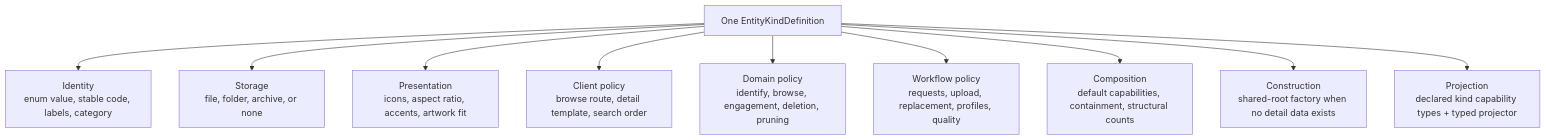
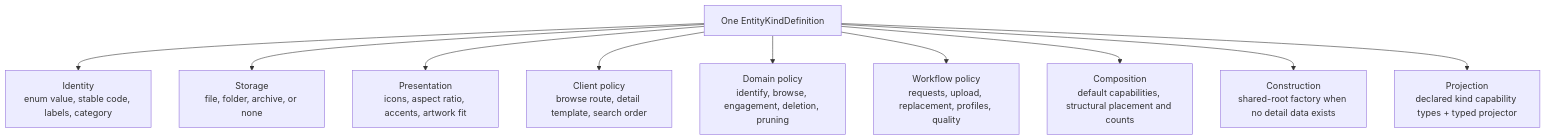
One commit to pauljoda/Prismedia changed the second of 10 diagrams in documentation-site/docs/developers/entity-definitions-and-data-flow.md. Above: the diagram before and after it, drawn with Mermaid. The commit also changed other lines of this file and 36 other files, not shown here.

````diff
--- a/documentation-site/docs/developers/entity-definitions-and-data-flow.md
+++ b/documentation-site/docs/developers/entity-definitions-and-data-flow.md
@@ -76,13 +76,13 @@
 ```mermaid
 flowchart TD
   Kind["One EntityKindDefinition"]
   Kind --> Identity["Identity<br/>enum value, stable code, labels, category"]
   Kind --> Storage["Storage<br/>file, folder, archive, or none"]
   Kind --> Presentation["Presentation<br/>icons, aspect ratio, accents, artwork fit"]
   Kind --> Navigation["Client policy<br/>browse route, detail template, search order"]
   Kind --> Behavior["Domain policy<br/>identify, browse, engagement, deletion, pruning"]
   Kind --> Acquisition["Workflow policy<br/>requests, upload, replacement, profiles, quality"]
-  Kind --> Composition["Composition<br/>default capabilities, containment, structural counts"]
+  Kind --> Composition["Composition<br/>default capabilities, structural placement and counts"]
   Kind --> Construction["Construction<br/>shared-root factory when no detail data exists"]
   Kind --> Projection["Projection<br/>declared kind capability types + typed projector"]
 ```
````
